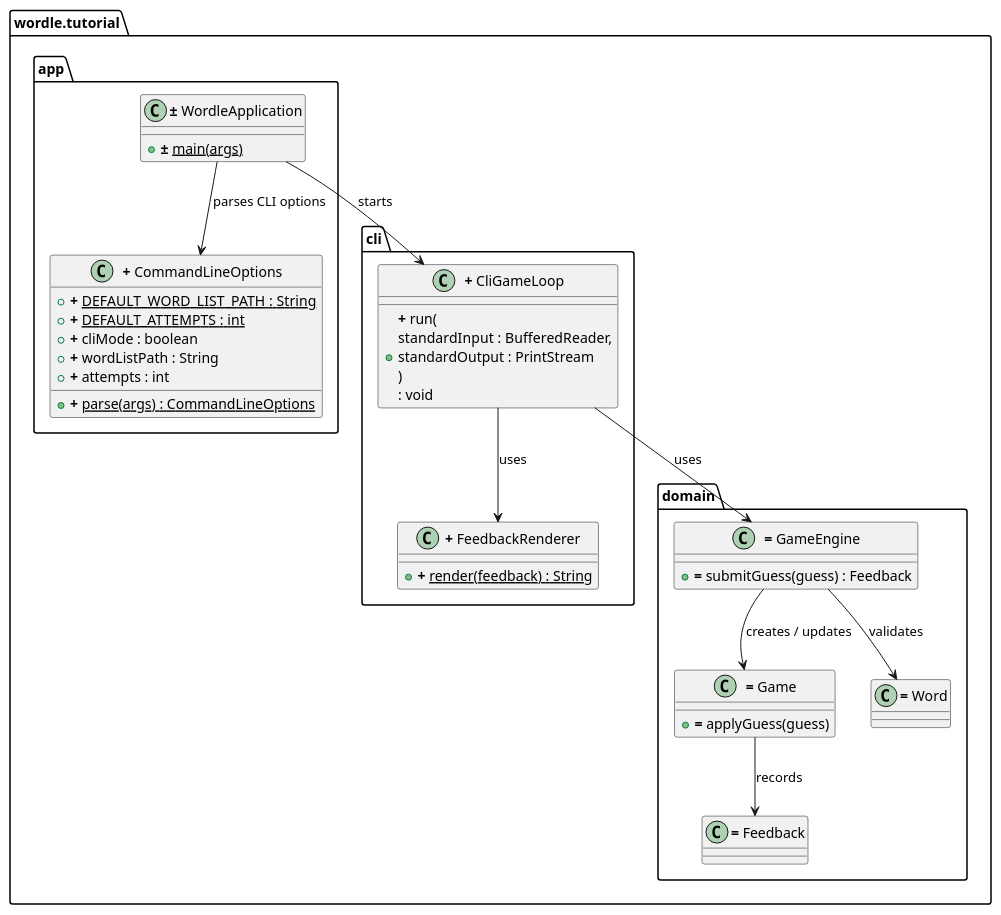
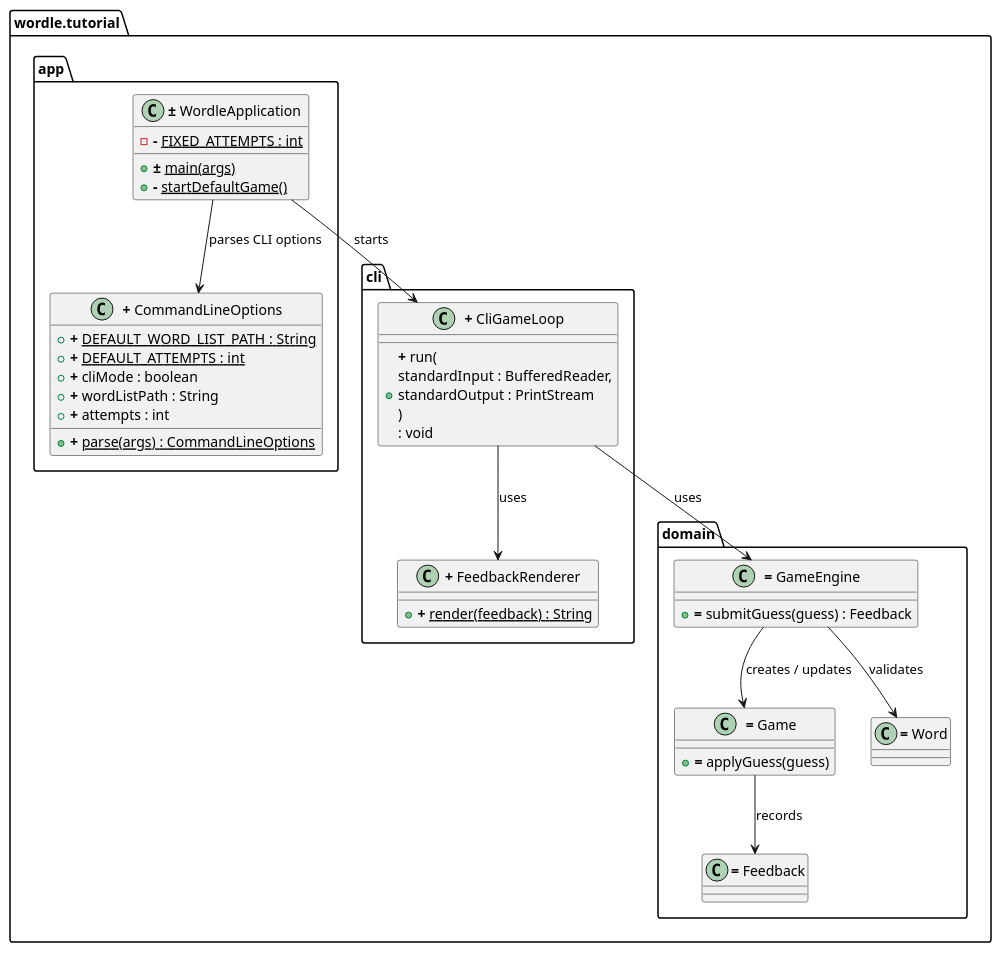
One commit to dpolivaev/spec-loop changed the fifth of 7 diagrams in skills/spec-loop-plan-task/examples/example-task-wordle-cli.md. Above: the diagram before and after it, drawn with PlantUML. The commit also changed other lines of this file and 11 other files, not shown here.

````diff
--- a/skills/spec-loop-plan-task/examples/example-task-wordle-cli.md
+++ b/skills/spec-loop-plan-task/examples/example-task-wordle-cli.md
@@ -182,49 +188,51 @@
   ```plantuml
   @startuml
   set separator none
 
   package "wordle.tutorial" {
     package "app" {
       class "<plain>**±**</plain> WordleApplication" as WordleApplication {
         {static} + <plain>**±**</plain> main(args)
+        {static} + <plain>**-**</plain> startDefaultGame()
+        {static} - <plain>**-**</plain> FIXED_ATTEMPTS : int
       }
       class "<plain>**+**</plain> CommandLineOptions" as CommandLineOptions {
         {static} + <plain>**+**</plain> DEFAULT_WORD_LIST_PATH : String
         {static} + <plain>**+**</plain> DEFAULT_ATTEMPTS : int
         + <plain>**+**</plain> cliMode : boolean
         + <plain>**+**</plain> wordListPath : String
         + <plain>**+**</plain> attempts : int
         {static} + <plain>**+**</plain> parse(args) : CommandLineOptions
       }
     }
 
     package "cli" {
       class "<plain>**+**</plain> CliGameLoop" as CliGameLoop {
         + <plain>**+**</plain> run(\nstandardInput : BufferedReader,\nstandardOutput : PrintStream\n)\n: void
       }
       class "<plain>**+**</plain> FeedbackRenderer" as FeedbackRenderer {
         {static} + <plain>**+**</plain> render(feedback) : String
       }
     }
 
     package "domain" {
       class "<plain>**=**</plain> Game" as Game {
         + <plain>**=**</plain> applyGuess(guess)
       }
       class "<plain>**=**</plain> GameEngine" as GameEngine {
         + <plain>**=**</plain> submitGuess(guess) : Feedback
       }
       class "<plain>**=**</plain> Feedback" as Feedback
       class "<plain>**=**</plain> Word" as Word
     }
   }
 
   WordleApplication --> CommandLineOptions : parses CLI options
   WordleApplication --> CliGameLoop : starts
   CliGameLoop --> GameEngine : uses
   CliGameLoop --> FeedbackRenderer : uses
   GameEngine --> Game : creates / updates
   GameEngine --> Word : validates
   Game --> Feedback : records
   @enduml
   ```
````
